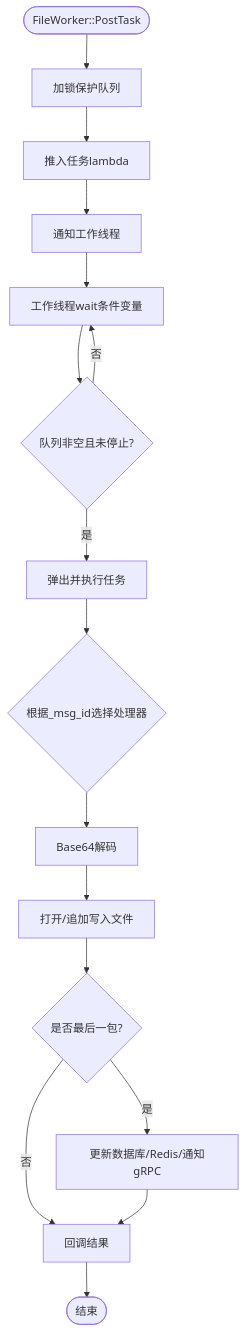
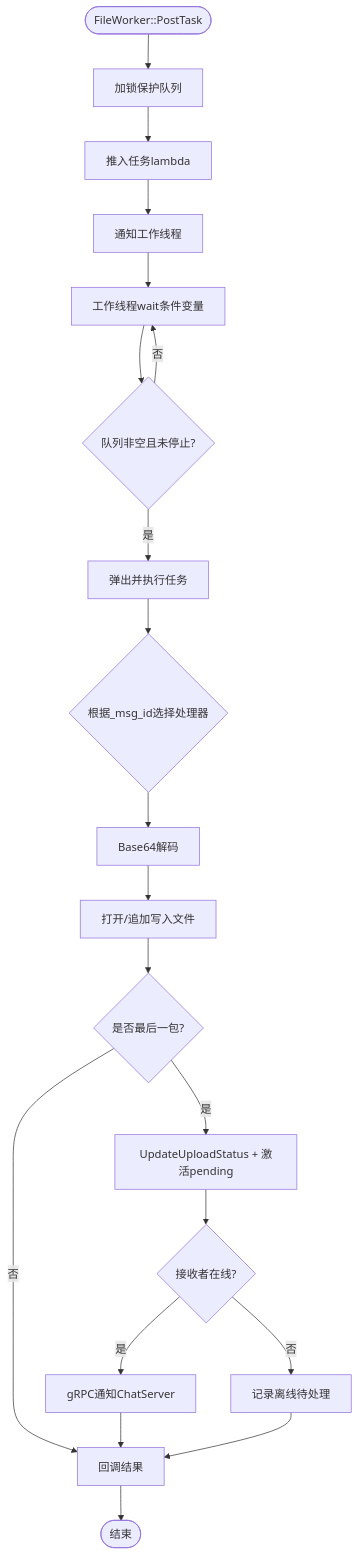
One commit to echo9923/mychatter changed the fourth of 7 diagrams in .qoder/repowiki/zh/content/架构设计/微服务架构设计/ResourceServer资源存储服务/文件工作线程系统.md. Above: the diagram before and after it, drawn with Mermaid. The commit also changed other lines of this file and 54 other files, not shown here.

````diff
--- a/.qoder/repowiki/zh/content/架构设计/微服务架构设计/ResourceServer资源存储服务/文件工作线程系统.md
+++ b/.qoder/repowiki/zh/content/架构设计/微服务架构设计/ResourceServer资源存储服务/文件工作线程系统.md
@@ -134,18 +173,22 @@
 ```mermaid
 flowchart TD
 Start(["FileWorker::PostTask"]) --> Lock["加锁保护队列"]
 Lock --> Push["推入任务lambda"]
 Push --> Notify["通知工作线程"]
 Notify --> Wait["工作线程wait条件变量"]
 Wait --> Pop{"队列非空且未停止?"}
 Pop --> |否| Wait
 Pop --> |是| Exec["弹出并执行任务"]
 Exec --> Handler{"根据_msg_id选择处理器"}
 Handler --> Decode["Base64解码"]
 Decode --> IO["打开/追加写入文件"]
 IO --> Last{"是否最后一包?"}
-Last --> |是| Update["更新数据库/Redis/通知gRPC"]
+Last --> |是| Update["UpdateUploadStatus + 激活pending"]
 Last --> |否| Callback["回调结果"]
-Update --> Callback
+Update --> CheckOnline{"接收者在线?"}
+CheckOnline --> |是| NotifyGRPC["gRPC通知ChatServer"]
+CheckOnline --> |否| OfflinePending["记录离线待处理"]
+NotifyGRPC --> Callback
+OfflinePending --> Callback
 Callback --> End(["结束"])
 ```
````
